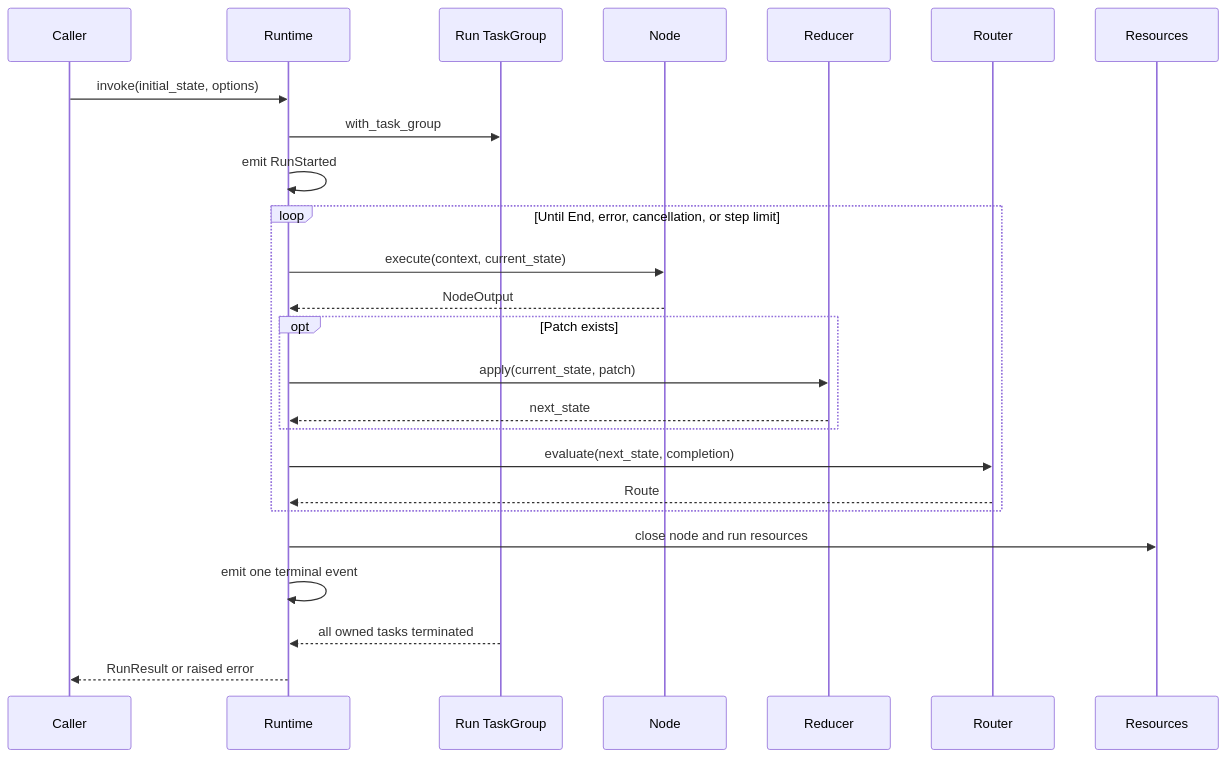
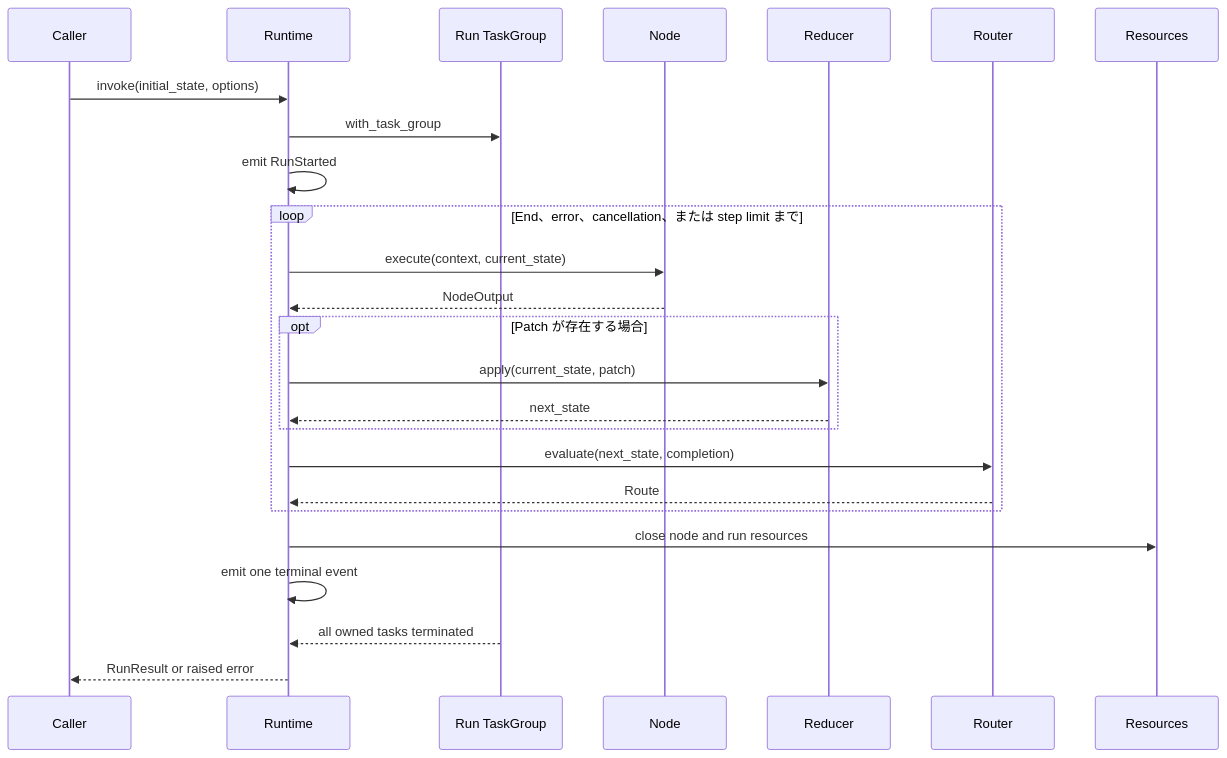
The second of 2 diagrams in mbt/package/moon-agent-graph/docs/architecture.ja.md (totto2727-org/monorepo), drawn with Mermaid before and after one commit. The commit also changed other lines of this file and 1 other file, not shown here.

Commit message:
docs(moon-agent-graph): include basic example layout

````diff
--- a/mbt/package/moon-agent-graph/docs/architecture.ja.md
+++ b/mbt/package/moon-agent-graph/docs/architecture.ja.md
@@ -104,30 +104,30 @@
 ```mermaid
 sequenceDiagram
   participant Caller
   participant Runtime
   participant Group as Run TaskGroup
   participant Node
   participant Reducer
   participant Router
   participant Resources
 
   Caller->>Runtime: invoke(initial_state, options)
   Runtime->>Group: with_task_group
   Runtime->>Runtime: emit RunStarted
 
-  loop Until End, error, cancellation, or step limit
+  loop End、error、cancellation、または step limit まで
     Runtime->>Node: execute(context, current_state)
     Node-->>Runtime: NodeOutput
-    opt Patch exists
+    opt Patch が存在する場合
       Runtime->>Reducer: apply(current_state, patch)
       Reducer-->>Runtime: next_state
     end
     Runtime->>Router: evaluate(next_state, completion)
     Router-->>Runtime: Route
   end
 
   Runtime->>Resources: close node and run resources
   Runtime->>Runtime: emit one terminal event
   Group-->>Runtime: all owned tasks terminated
   Runtime-->>Caller: RunResult or raised error
 ```
````
